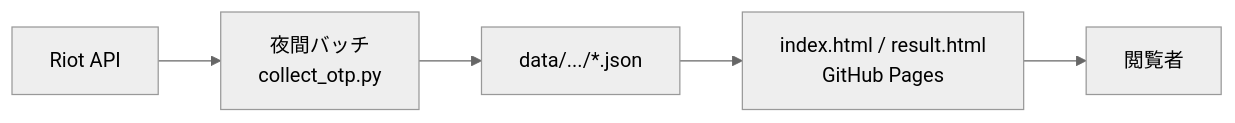
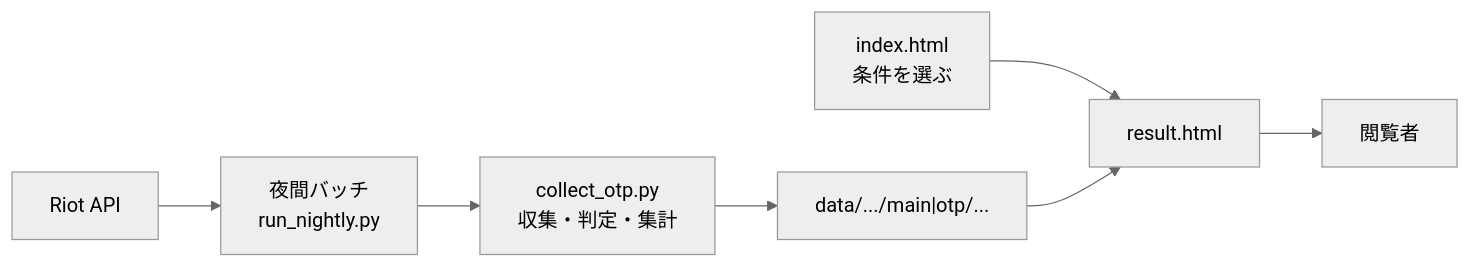
Before and after one commit to a-a81/otp-off-role-insights: the diagram in README.md, drawn with Mermaid (neutral theme). The commit also changed other lines of this file, not shown here.

Commit message:
Clarify README audience, usage, and data flow.

````diff
--- a/README.md
+++ b/README.md
@@ -36,7 +31,9 @@
 ```mermaid
 flowchart LR
-    riot["Riot API"] --> collect["夜間バッチ<br>collect_otp.py"]
-    collect --> json["data/.../*.json"]
-    json --> pages["index.html / result.html<br>GitHub Pages"]
-    pages --> user["閲覧者"]
+    riot["Riot API"] --> nightly["夜間バッチ<br>run_nightly.py"]
+    nightly --> collect["collect_otp.py<br>収集・判定・集計"]
+    collect --> json["data/.../main|otp/..."]
+    index["index.html<br>条件を選ぶ"] --> result["result.html"]
+    json --> result
+    result --> user["閲覧者"]
 ```
````
